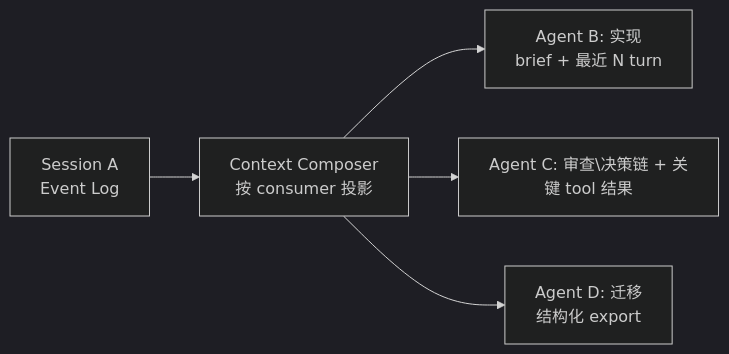
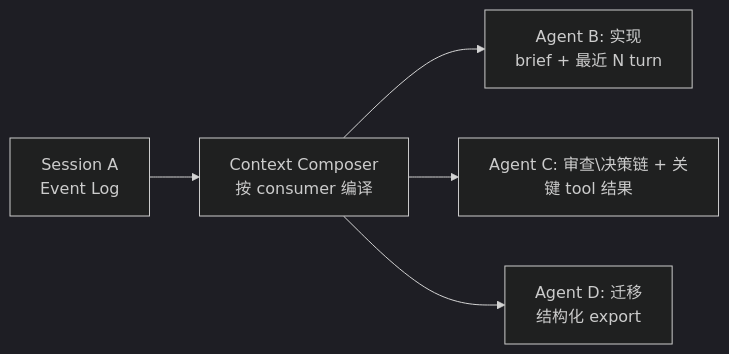
Before and after one commit to chendpoc/moontide: the diagram in docs/notes/session-handoff.md, drawn with Mermaid (dark theme). The commit also changed other lines of this file and 16 other files, not shown here.

First line of the commit message:
docs: unify compile/materialize/derive terminology and update architecture

````diff
--- a/docs/notes/session-handoff.md
+++ b/docs/notes/session-handoff.md
@@ -90,7 +90,7 @@
 ```mermaid
 flowchart LR
-  A["Session A\nEvent Log"] --> C["Context Composer\n按 consumer 投影"]
+  A["Session A\nEvent Log"] --> C["Context Composer\n按 consumer 编译"]
   C --> B1["Agent B: 实现\nbrief + 最近 N turn"]
   C --> B2["Agent C: 审查\决策链 + 关键 tool 结果"]
   C --> B3["Agent D: 迁移\n结构化 export"]
 ```
````
